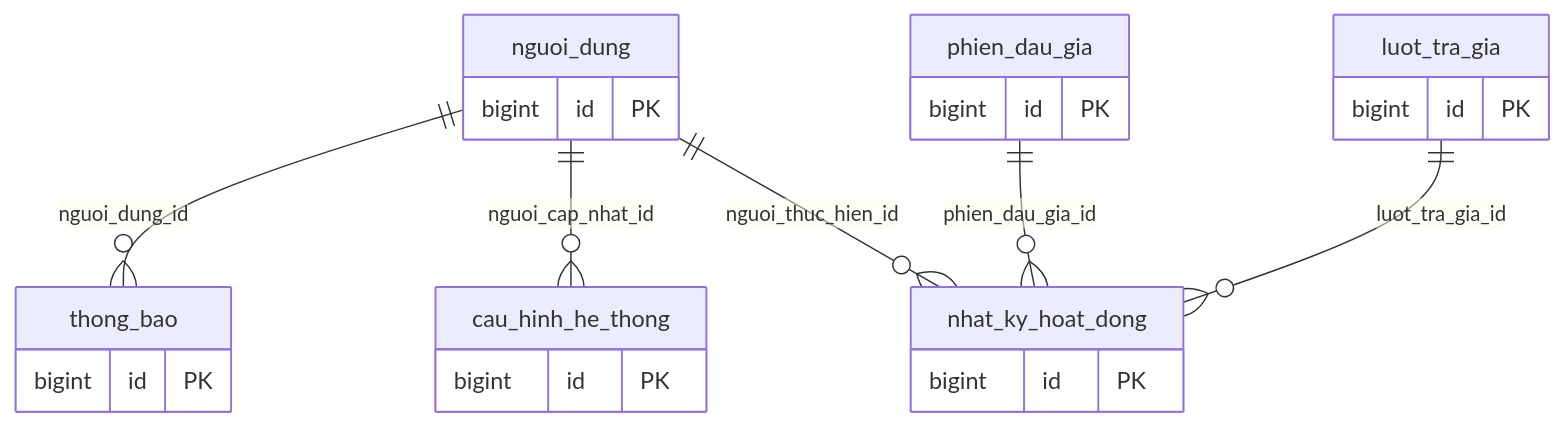
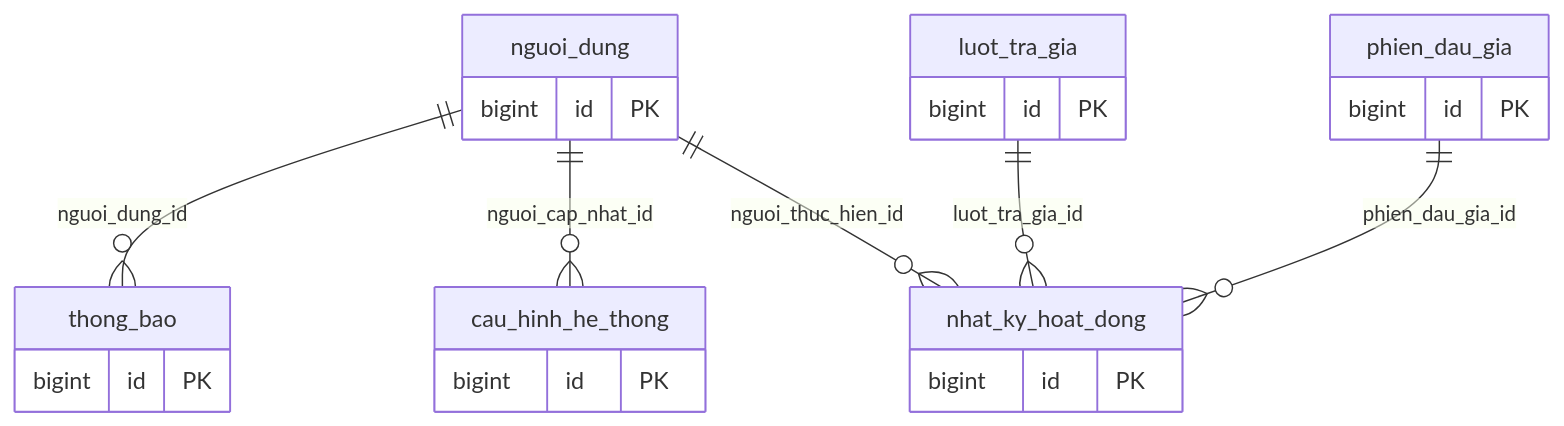
Before and after one commit to NguyenQuocViet26122005/DoAn4_HeThongDauGiaTrucTuyen: the seventh of 9 diagrams in co-so-du-lieu/SO-DO-QUAN-HE.md, drawn with Mermaid. The commit also changed other lines of this file and 106 other files, not shown here.

````diff
--- a/co-so-du-lieu/SO-DO-QUAN-HE.md
+++ b/co-so-du-lieu/SO-DO-QUAN-HE.md
@@ -171,26 +179,26 @@
 ```mermaid
 erDiagram
     nguoi_dung {
         bigint id PK
     }
     phien_dau_gia {
         bigint id PK
     }
     luot_tra_gia {
         bigint id PK
     }
     thong_bao {
         bigint id PK
     }
     cau_hinh_he_thong {
         bigint id PK
     }
     nhat_ky_hoat_dong {
         bigint id PK
     }
     nguoi_dung ||--o{ thong_bao : "nguoi_dung_id"
     nguoi_dung ||--o{ cau_hinh_he_thong : "nguoi_cap_nhat_id"
     nguoi_dung ||--o{ nhat_ky_hoat_dong : "nguoi_thuc_hien_id"
+    luot_tra_gia ||--o{ nhat_ky_hoat_dong : "luot_tra_gia_id"
     phien_dau_gia ||--o{ nhat_ky_hoat_dong : "phien_dau_gia_id"
-    luot_tra_gia ||--o{ nhat_ky_hoat_dong : "luot_tra_gia_id"
 ```
````
